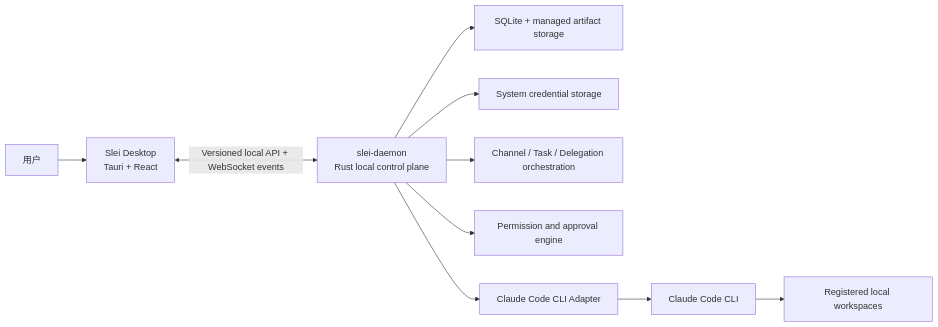
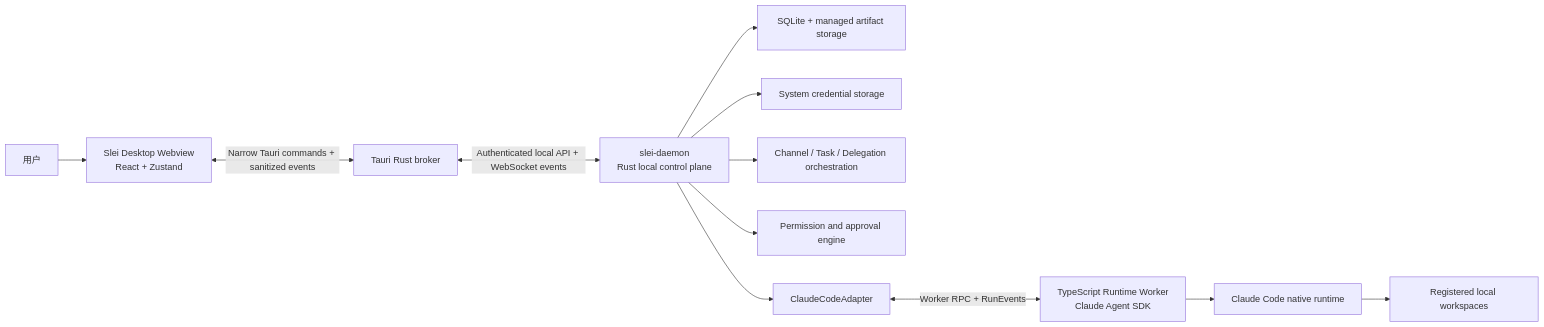
The first of 6 diagrams in docs/superpowers/specs/2026-05-27-slei-product-architecture-design.md (leedalei/Slei), drawn with Mermaid before and after one commit. The commit also changed other lines of this file and 9 other files, not shown here.

````diff
--- a/docs/superpowers/specs/2026-05-27-slei-product-architecture-design.md
+++ b/docs/superpowers/specs/2026-05-27-slei-product-architecture-design.md
@@ -74,12 +87,14 @@
 ```mermaid
 flowchart LR
-  U["用户"] --> UI["Slei Desktop<br/>Tauri + React"]
-  UI <-->|"Versioned local API + WebSocket events"| D["slei-daemon<br/>Rust local control plane"]
+  U["用户"] --> UI["Slei Desktop Webview<br/>React + Zustand"]
+  UI <-->|"Narrow Tauri commands + sanitized events"| BR["Tauri Rust broker"]
+  BR <-->|"Authenticated local API + WebSocket events"| D["slei-daemon<br/>Rust local control plane"]
   D --> DB["SQLite + managed artifact storage"]
   D --> SEC["System credential storage"]
   D --> ORCH["Channel / Task / Delegation orchestration"]
   D --> PERM["Permission and approval engine"]
-  D --> AD["Claude Code CLI Adapter"]
-  AD --> CLI["Claude Code CLI"]
-  CLI --> WS["Registered local workspaces"]
+  D --> AD["ClaudeCodeAdapter"]
+  AD <-->|"Worker RPC + RunEvents"| WK["TypeScript Runtime Worker<br/>Claude Agent SDK"]
+  WK --> CC["Claude Code native runtime"]
+  CC --> WS["Registered local workspaces"]
 ```
````
